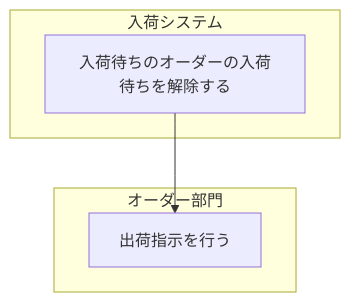
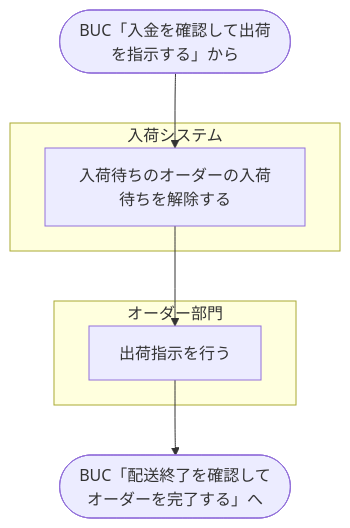
Before and after one commit to Nke0628/rdra-webapp: diagram 16 of 37 in docs/rdra/diagrams.md, drawn with Mermaid. The commit also changed other lines of this file and 10 other files, not shown here.

First line of the commit message:
rdra: BUCの表に先・次の列を足し、業務フロー図を描く(追加質問 1件)

````diff
--- a/docs/rdra/diagrams.md
+++ b/docs/rdra/diagrams.md
@@ -276,11 +460,13 @@
 ```mermaid
 flowchart TB
   subgraph l1["入荷システム"]
     act2["入荷待ちのオーダーの入荷待ちを解除する"]
   end
   subgraph l3["オーダー部門"]
     act4["出荷指示を行う"]
   end
+  from5(["BUC「入金を確認して出荷を指示する」から"]) --> act2
   act2 --> act4
+  act4 --> to6(["BUC「配送終了を確認してオーダーを完了する」へ"])
   classDef hyp stroke-dasharray:5 5,stroke:#d97706,color:#92400e
 ```
````
